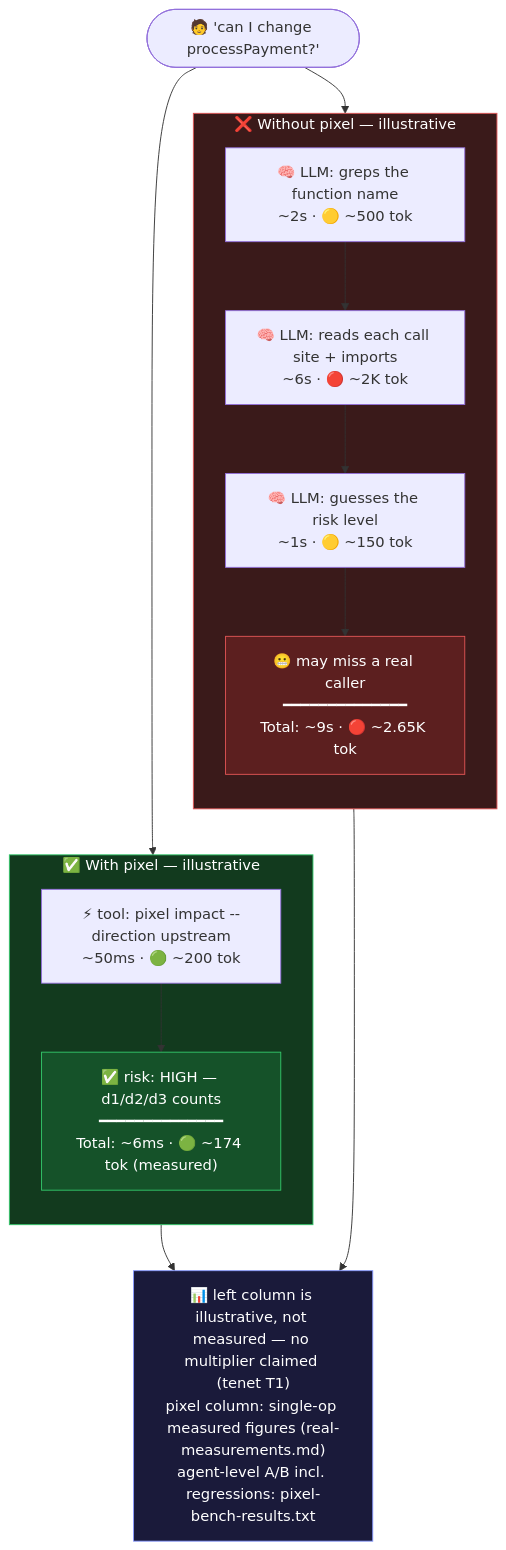
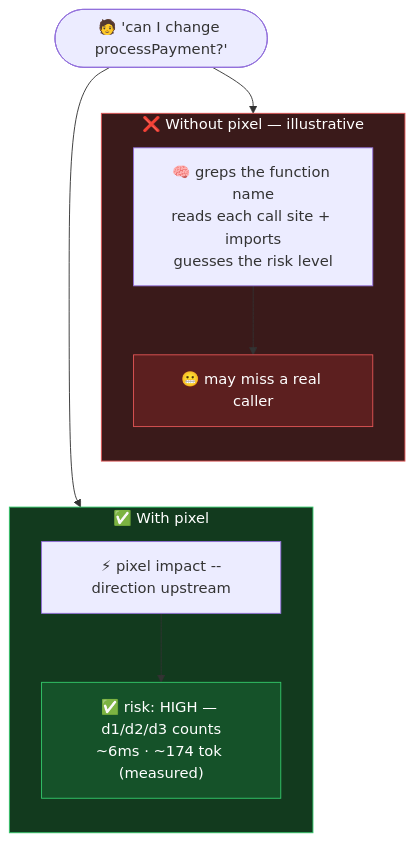
Before and after one commit to Pixel-CLI/pixel: the diagram in docs/examples/06-impact-blast-radius.mmd, drawn with Mermaid. The commit also changed 21 other files, not shown here.

Commit message:
docs: condense README, add origin story, refresh diagrams

```diff
--- a/docs/examples/06-impact-blast-radius.mmd
+++ b/docs/examples/06-impact-blast-radius.mmd
@@ -1,30 +1,21 @@
 flowchart TD
     Ask(["🧑 'can I change processPayment?'"])
     Ask --> w1
     Ask --> p1
     w1 ~~~ p1
 
     subgraph W ["❌ Without pixel — illustrative"]
         direction TB
-        w1["🧠 LLM: greps the function name<br/>~2s · 🟡 ~500 tok"] --> w2
-        w2["🧠 LLM: reads each call site + imports<br/>~6s · 🔴 ~2K tok"] --> w3
-        w3["🧠 LLM: guesses the risk level<br/>~1s · 🟡 ~150 tok"]
-        w3 --> w5["😬 may miss a real caller<br/>━━━━━━━━━━━━━━<br/>Total: ~9s · 🔴 ~2.65K tok"]
+        w1["🧠 greps the function name<br/>reads each call site + imports<br/>guesses the risk level"] --> w5["😬 may miss a real caller"]
     end
 
-    subgraph P ["✅ With pixel — illustrative"]
+    subgraph P ["✅ With pixel"]
         direction TB
-        p1["⚡ tool: pixel impact --direction upstream<br/>~50ms · 🟢 ~200 tok"]
-        p1 --> p3["✅ risk: HIGH — d1/d2/d3 counts<br/>━━━━━━━━━━━━━━<br/>Total: ~6ms · 🟢 ~174 tok (measured)"]
+        p1["⚡ pixel impact --direction upstream"] --> p3["✅ risk: HIGH — d1/d2/d3 counts<br/>~6ms · ~174 tok (measured)"]
     end
-
-    w5 --> Recap
-    p3 --> Recap
-    Recap["📊 left column is illustrative, not measured — no multiplier claimed (tenet T1)<br/>pixel column: single-op measured figures (real-measurements.md)<br/>agent-level A/B incl. regressions: pixel-bench-results.txt"]
 
     style W fill:#3a1a1a,stroke:#e05555,color:#fff
     style P fill:#123a1e,stroke:#33c76a,color:#fff
     style w5 fill:#5c1f1f,stroke:#e05555,color:#fff
     style p3 fill:#155229,stroke:#33c76a,color:#fff
-    style Recap fill:#1a1a3a,stroke:#8899ff,color:#fff
     linkStyle 2 stroke-width:0px
```
